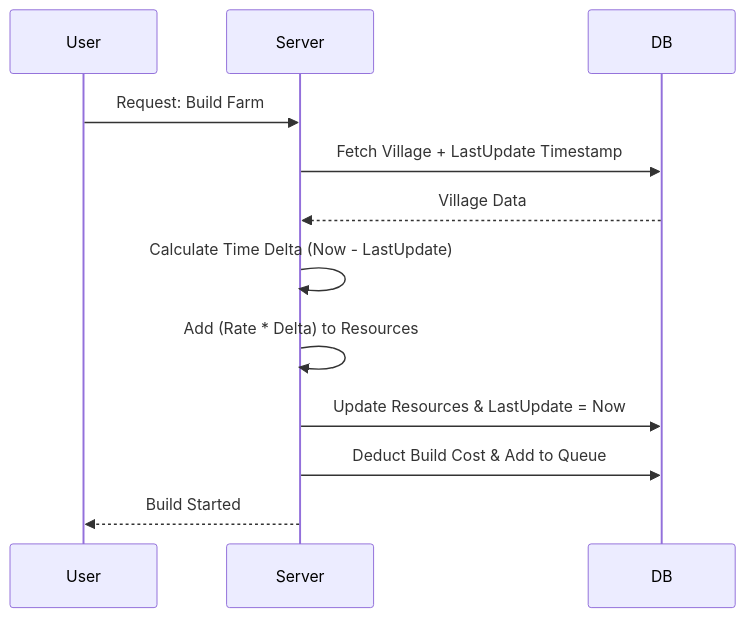
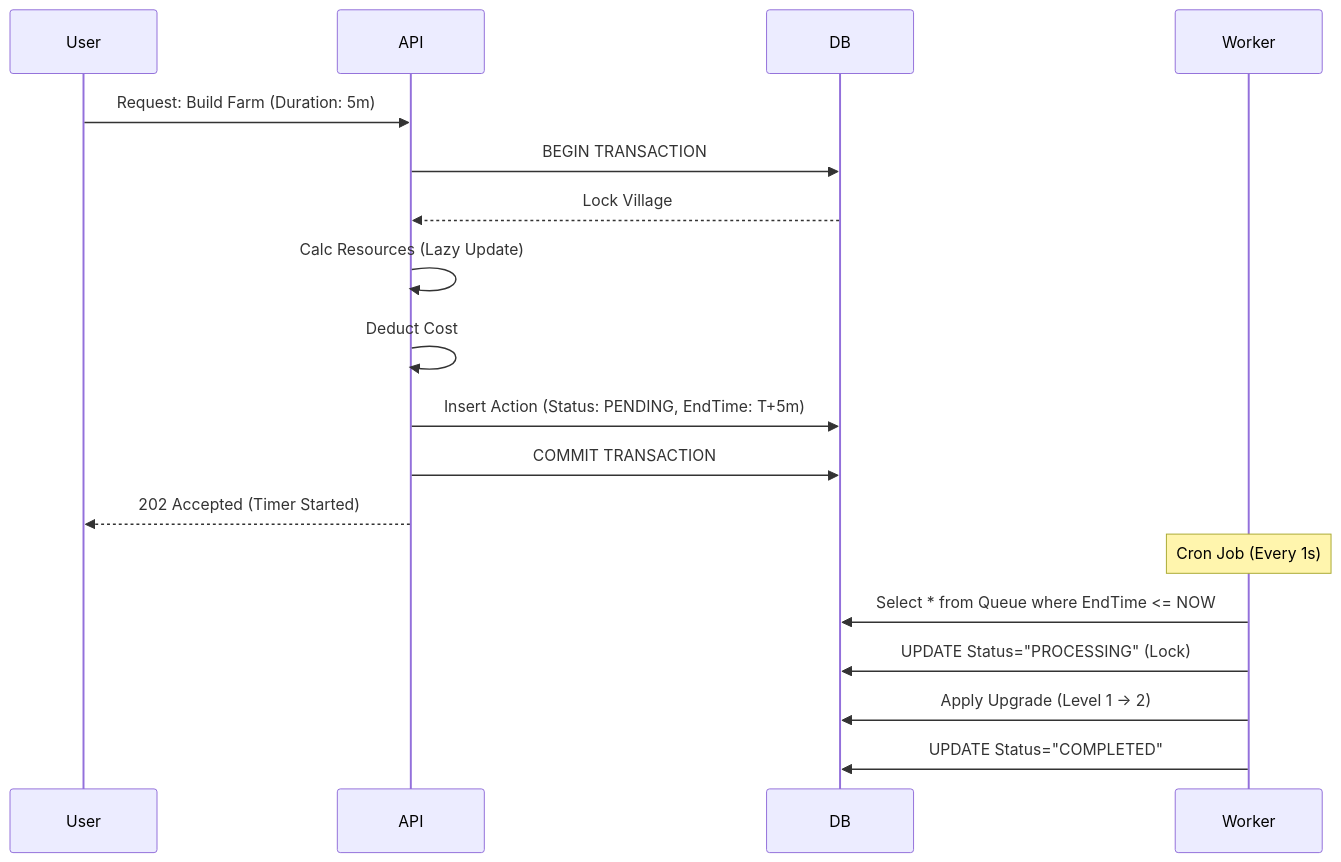
The diagram in README.md (krisgarg25/backenddemo), drawn with Mermaid before and after one commit. The commit also changed other lines of this file and 19 other files, not shown here.

````diff
--- a/README.md
+++ b/README.md
@@ -37,15 +57,24 @@
 ```mermaid
 sequenceDiagram
     participant User
-    participant Server
+    participant API
     participant DB
+    participant Worker
 
-    User->>Server: Request: Build Farm
-    Server->>DB: Fetch Village + LastUpdate Timestamp
-    DB-->>Server: Village Data
-    Server->>Server: Calculate Time Delta (Now - LastUpdate)
-    Server->>Server: Add (Rate * Delta) to Resources
-    Server->>DB: Update Resources & LastUpdate = Now
-    Server->>DB: Deduct Build Cost & Add to Queue
-    Server-->>User: Build Started
+    %% Immediate Phase (Transaction)
+    User->>API: Request: Build Farm (Duration: 5m)
+    API->>DB: BEGIN TRANSACTION
+    DB-->>API: Lock Village
+    API->>API: Calc Resources (Lazy Update)
+    API->>API: Deduct Cost
+    API->>DB: Insert Action (Status: PENDING, EndTime: T+5m)
+    API->>DB: COMMIT TRANSACTION
+    API-->>User: 202 Accepted (Timer Started)
+
+    %% Async Phase (5 mins later)
+    Note over Worker: Cron Job (Every 1s)
+    Worker->>DB: Select * from Queue where EndTime <= NOW
+    Worker->>DB: UPDATE Status="PROCESSING" (Lock)
+    Worker->>DB: Apply Upgrade (Level 1 -> 2)
+    Worker->>DB: UPDATE Status="COMPLETED"
 ```
````
